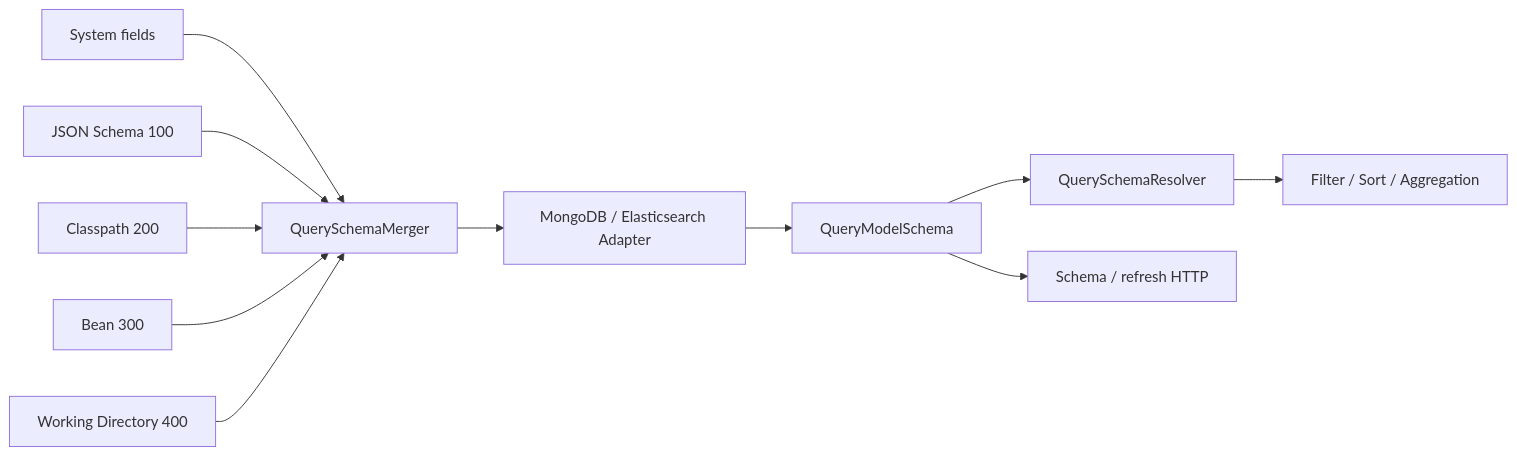
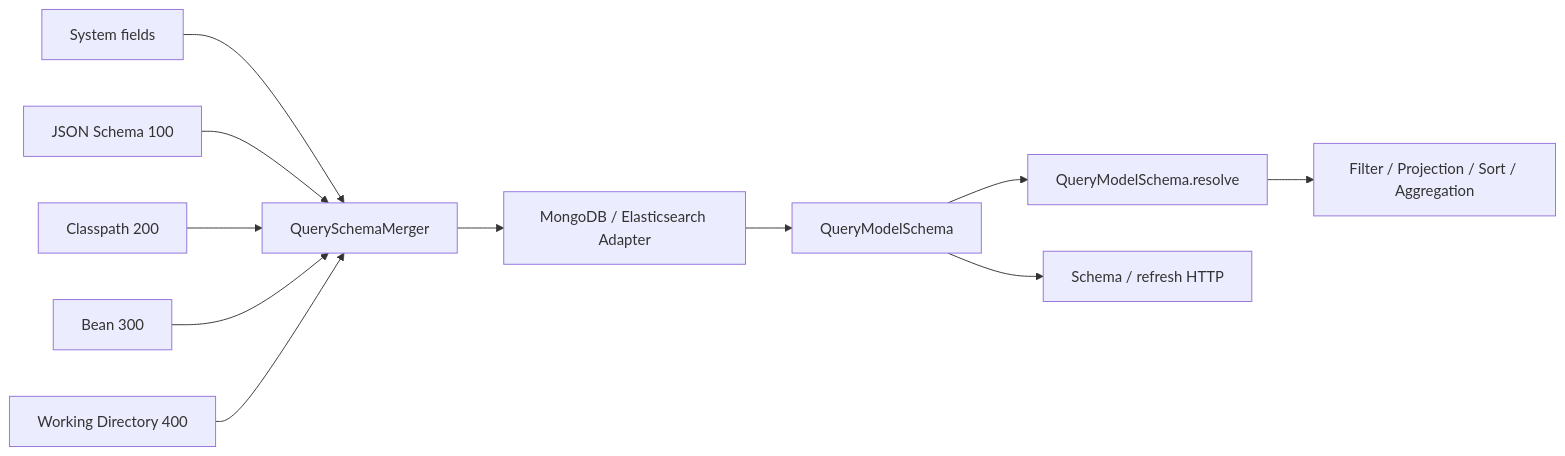
Before and after one commit to Ahoo-Wang/Wow: the diagram in documentation/docs/en/guide/query/query-model-schema.md, drawn with Mermaid. The commit also changed other lines of this file and 8 other files, not shown here.

Commit message:
fix(query): align event masking with projection contract

````diff
--- a/documentation/docs/en/guide/query/query-model-schema.md
+++ b/documentation/docs/en/guide/query/query-model-schema.md
@@ -18,13 +18,13 @@
 ```mermaid
 flowchart LR
     System["System fields"] --> Merger["QuerySchemaMerger"]
     Json["JSON Schema 100"] --> Merger
     Classpath["Classpath 200"] --> Merger
     Bean["Bean 300"] --> Merger
     Working["Working Directory 400"] --> Merger
     Merger --> Adapter["MongoDB / Elasticsearch Adapter"]
     Adapter --> Schema["QueryModelSchema"]
-    Schema --> Resolver["QuerySchemaResolver"]
-    Resolver --> Query["Filter / Sort / Aggregation"]
+    Schema --> Resolve["QueryModelSchema.resolve"]
+    Resolve --> Query["Filter / Projection / Sort / Aggregation"]
     Schema --> HTTP["Schema / refresh HTTP"]
 ```
````
